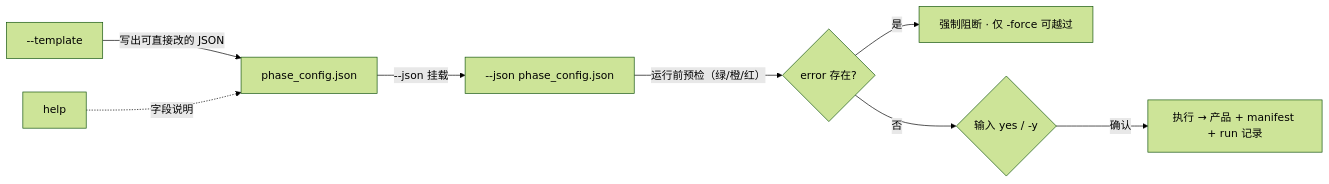
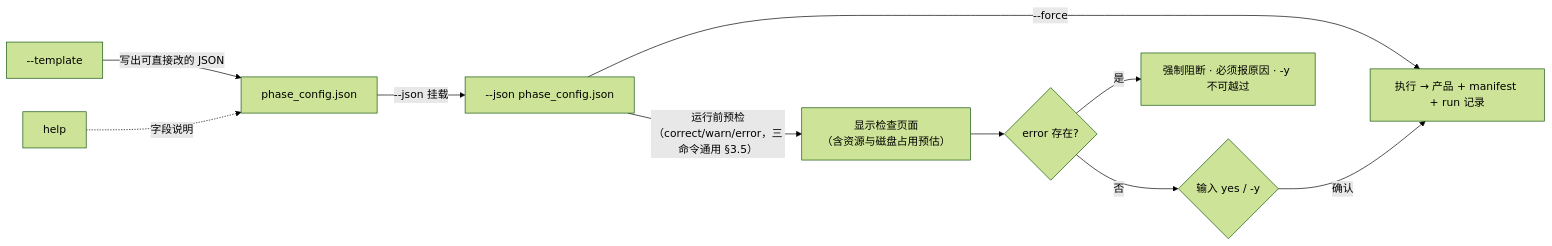
The eighth of 12 diagrams in ASTROCS_DESIGN.md (fujiaze/Astro-CS-Database), drawn with Mermaid (forest theme) before and after one commit. The commit also changed other lines of this file and 1 other file, not shown here.

````diff
--- a/ASTROCS_DESIGN.md
+++ b/ASTROCS_DESIGN.md
@@ -337,10 +353,12 @@
 ```mermaid
 flowchart LR
     T["<cmd> --template"] -->|写出可直接改的 JSON| J["phase_config.json"]
     H["help"] -.字段说明.-> J
     J -->|--json 挂载| R["<cmd> --json phase_config.json"]
-    R -->|运行前预检（绿/橙/红）| V{error 存在?}
-    V -->|是| E2["强制阻断 · 仅 -force 可越过"]
+    R -->|--force| RUN
+    R -->|运行前预检（correct/warn/error，三命令通用 §3.5）| PAGE["显示检查页面<br/>（含资源与磁盘占用预估）"]
+    PAGE --> V{error 存在?}
+    V -->|是| E2["强制阻断 · 必须报原因 · -y 不可越过"]
     V -->|否| CONFIRM{输入 yes / -y}
     CONFIRM -->|确认| RUN["执行 → 产品 + manifest + run 记录"]
 ```
````
